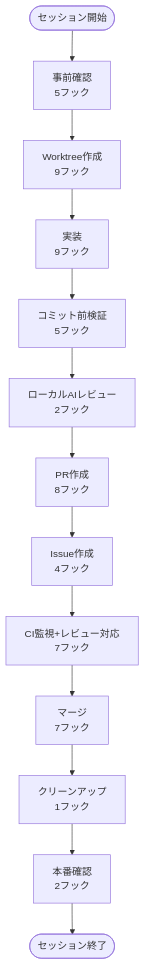
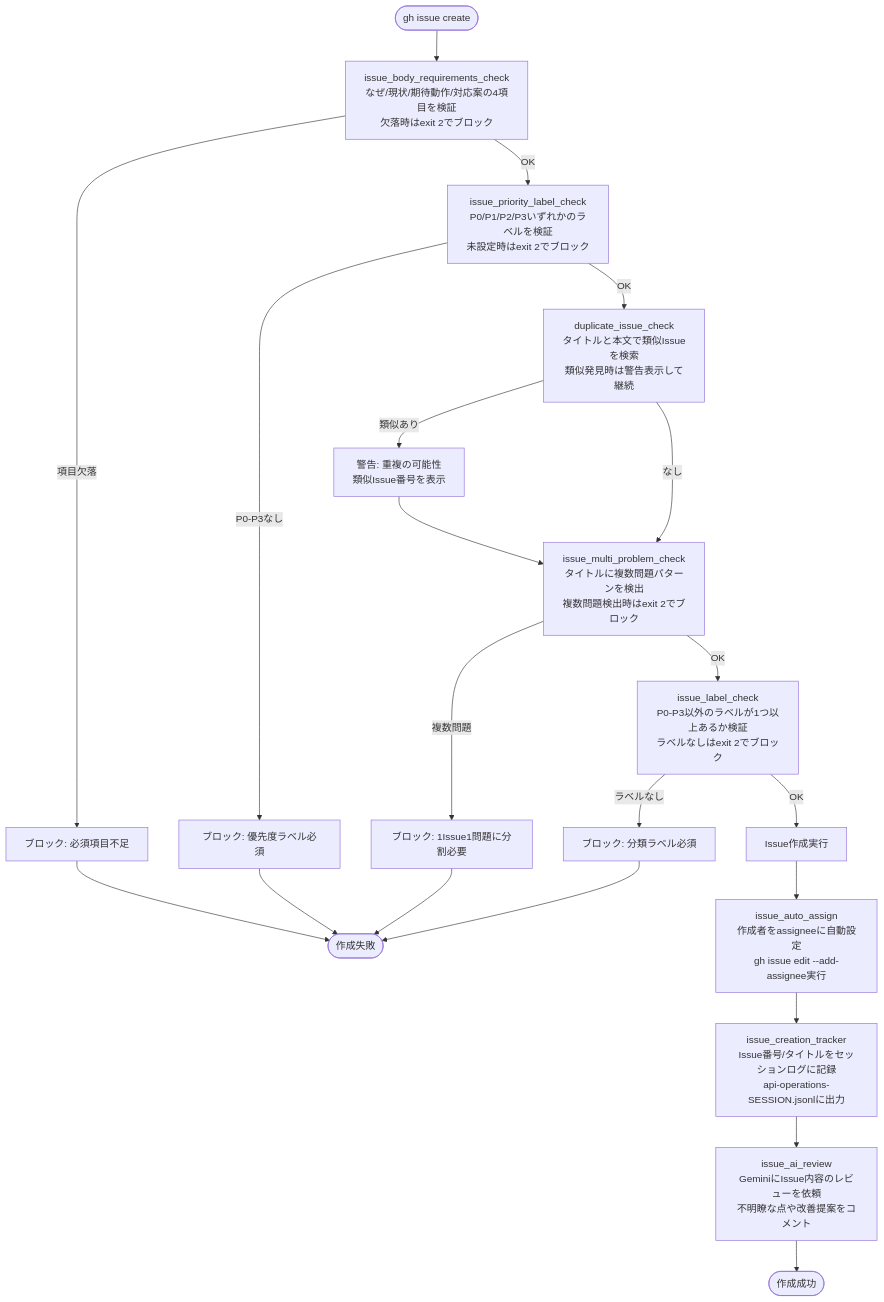
The second of 8 diagrams in examples/dekita/.fdp/flows.md (silenvx/flow-development-program), drawn with Mermaid before and after one commit. The commit also changed other lines of this file, not shown here.

First line of the commit message:
fix(examples): flows.mdを詳細版に修正

````diff
--- a/examples/dekita/.fdp/flows.md
+++ b/examples/dekita/.fdp/flows.md
@@ -5,29 +76,29 @@
 ```mermaid
 flowchart TD
-    session_start([セッション開始])
-    pre_check[事前確認<br/>5フック]
-    worktree_create[Worktree作成<br/>9フック]
-    implementation[実装<br/>9フック]
-    pre_commit_check[コミット前検証<br/>5フック]
-    local_ai_review[ローカルAIレビュー<br/>2フック]
-    pr_create[PR作成<br/>8フック]
-    issue_work[Issue作成<br/>4フック]
-    ci_review[CI監視+レビュー対応<br/>7フック]
-    merge[マージ<br/>7フック]
-    cleanup[クリーンアップ<br/>1フック]
-    production[本番確認<br/>2フック]
-    session_end([セッション終了])
+    開始([gh issue create]) --> body[issue_body_requirements_check<br/>なぜ/現状/期待動作/対応案の4項目を検証<br/>欠落時はexit 2でブロック]
 
-    session_start --> pre_check
-    pre_check --> worktree_create
-    worktree_create --> implementation
-    implementation --> pre_commit_check
-    pre_commit_check --> local_ai_review
-    local_ai_review --> pr_create
-    pr_create --> issue_work
-    issue_work --> ci_review
-    ci_review --> merge
-    merge --> cleanup
-    cleanup --> production
-    production --> session_end
+    body -->|項目欠落| block_body[ブロック: 必須項目不足]
+    block_body --> 終了_fail([作成失敗])
+    body -->|OK| priority[issue_priority_label_check<br/>P0/P1/P2/P3いずれかのラベルを検証<br/>未設定時はexit 2でブロック]
+
+    priority -->|P0-P3なし| block_priority[ブロック: 優先度ラベル必須]
+    block_priority --> 終了_fail
+    priority -->|OK| dup[duplicate_issue_check<br/>タイトルと本文で類似Issueを検索<br/>類似発見時は警告表示して継続]
+
+    dup -->|類似あり| warn_dup[警告: 重複の可能性<br/>類似Issue番号を表示]
+    warn_dup --> multi[issue_multi_problem_check<br/>タイトルに複数問題パターンを検出<br/>複数問題検出時はexit 2でブロック]
+    dup -->|なし| multi
+
+    multi -->|複数問題| block_scope[ブロック: 1Issue1問題に分割必要]
+    block_scope --> 終了_fail
+    multi -->|OK| label[issue_label_check<br/>P0-P3以外のラベルが1つ以上あるか検証<br/>ラベルなしはexit 2でブロック]
+
+    label -->|ラベルなし| block_label[ブロック: 分類ラベル必須]
+    block_label --> 終了_fail
+    label -->|OK| create[Issue作成実行]
+
+    create --> assign[issue_auto_assign<br/>作成者をassigneeに自動設定<br/>gh issue edit --add-assignee実行]
+    assign --> track[issue_creation_tracker<br/>Issue番号/タイトルをセッションログに記録<br/>api-operations-SESSION.jsonlに出力]
+    track --> ai_review[issue_ai_review<br/>GeminiにIssue内容のレビューを依頼<br/>不明瞭な点や改善提案をコメント]
+    ai_review --> 終了_ok([作成成功])
 ```
````
